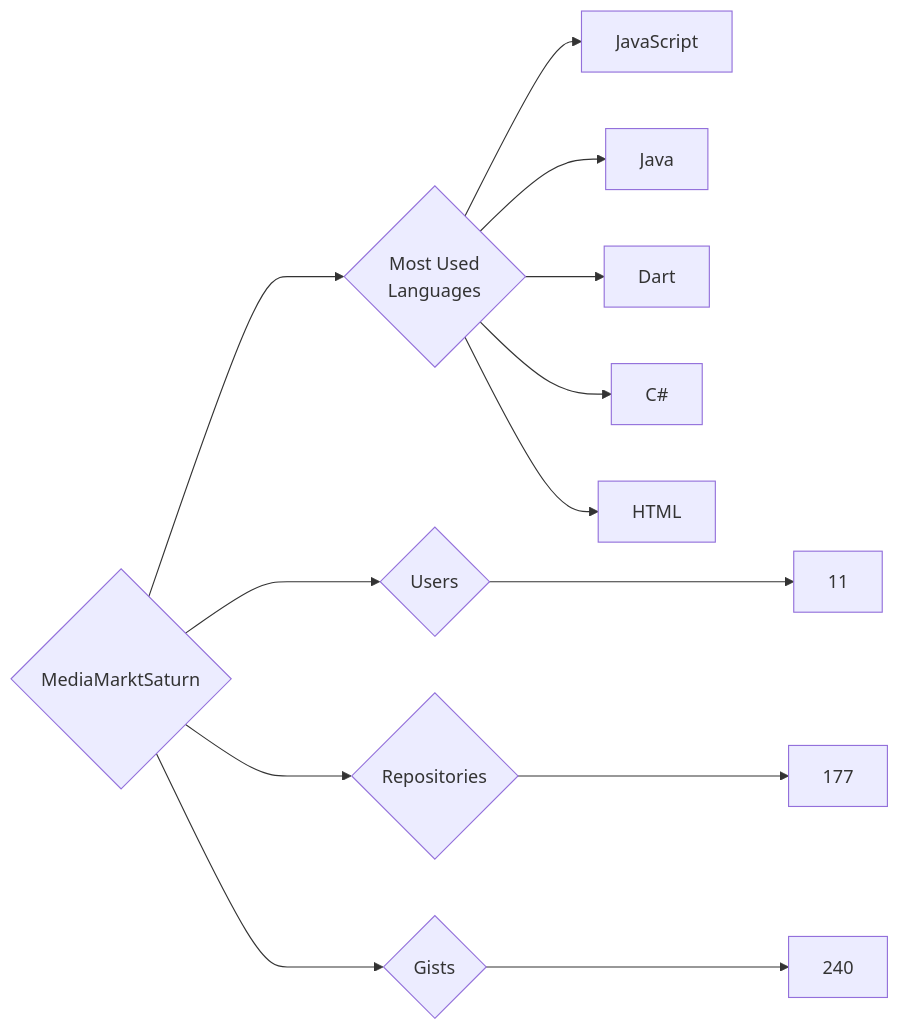
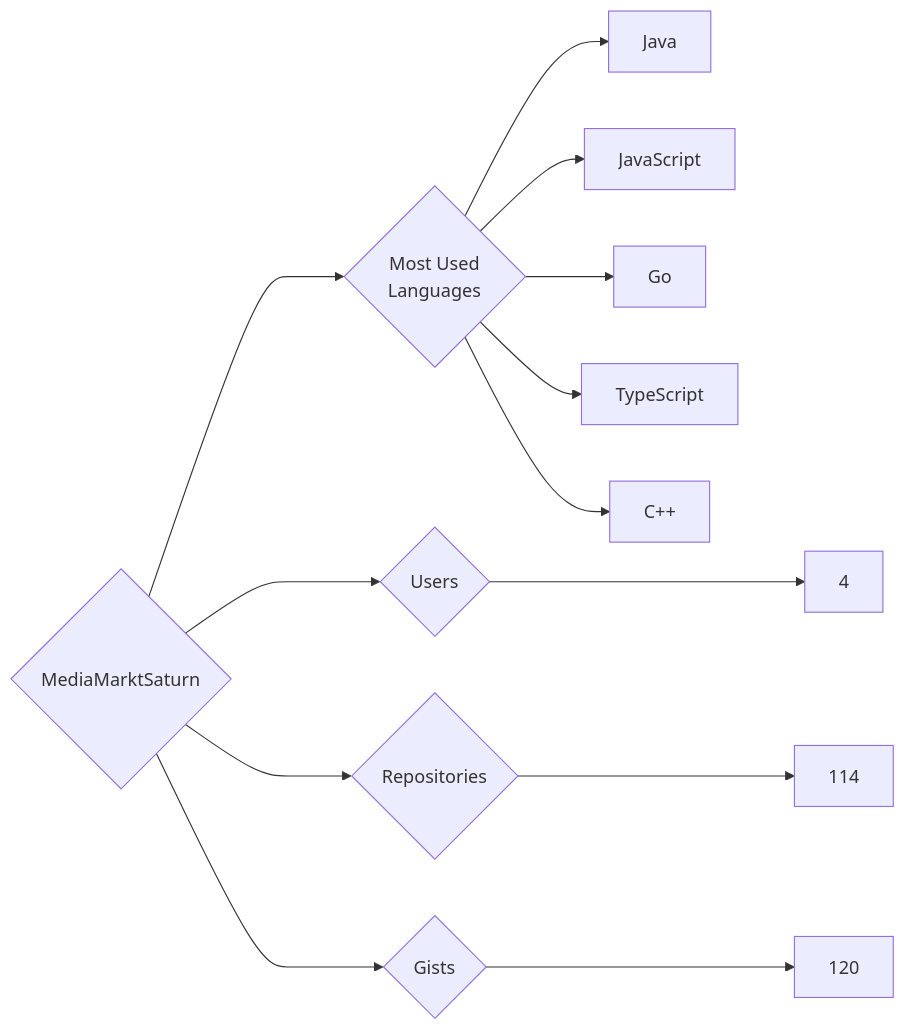
One commit to trickest/insiders changed the diagram in targets/MediaMarktSaturn/README.md. Above: the diagram before and after it, drawn with Mermaid. The commit also changed 797 other files, not shown here.

````diff
--- a/targets/MediaMarktSaturn/README.md
+++ b/targets/MediaMarktSaturn/README.md
@@ -3,13 +3,13 @@
 ```mermaid
 graph LR
 COMPANY_NAME{MediaMarktSaturn}
-COMPANY_NAME ---> U{Users} ---> UN[11]
-COMPANY_NAME ---> R{Repositories} ---> RN[177]
-COMPANY_NAME ---> G{Gists} ---> GN[240]
+COMPANY_NAME ---> U{Users} ---> UN[4]
+COMPANY_NAME ---> R{Repositories} ---> RN[114]
+COMPANY_NAME ---> G{Gists} ---> GN[120]
 COMPANY_NAME ---> ML{Most Used<br>Languages}
+ML --> Java[Java]
 ML --> JavaScript[JavaScript]
-ML --> Java[Java]
-ML --> Dart[Dart]
-ML --> C#[C#]
-ML --> HTML[HTML]
+ML --> Go[Go]
+ML --> TypeScript[TypeScript]
+ML --> C++[C++]
 ```
````
